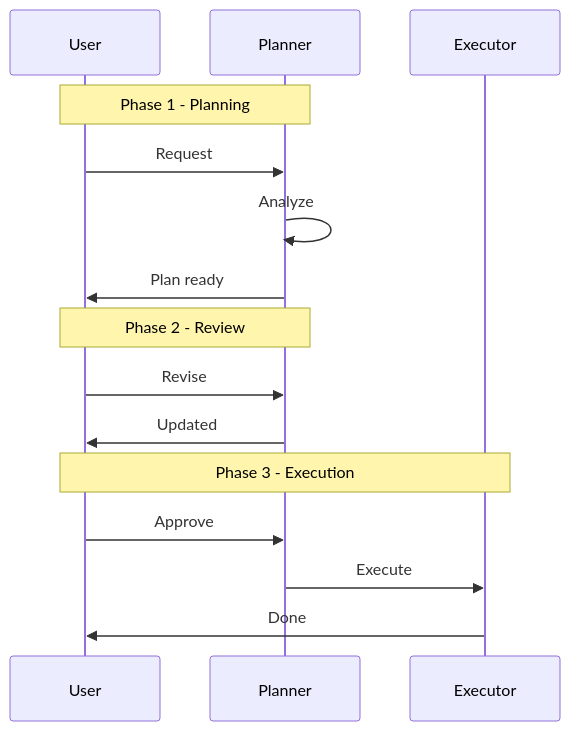
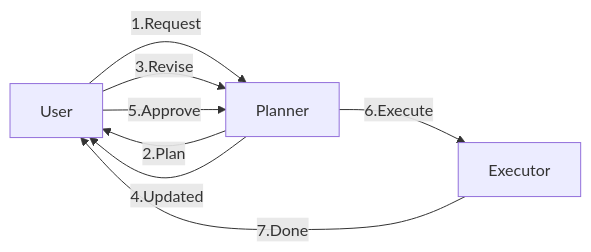
One commit to Kanghyeop/pages-book-agent101 changed the fourth of 6 diagrams in appendix-a/A01.md. Above: the diagram before and after it, drawn with Mermaid. The commit also changed other lines of this file and 3 other files, not shown here.

First line of the commit message:
Mermaid 호환성 수정 동기화

````diff
--- a/appendix-a/A01.md
+++ b/appendix-a/A01.md
@@ -148,20 +144,10 @@
 ```mermaid
-sequenceDiagram
-    participant U as User
-    participant P as Planner
-    participant E as Executor
-
-    Note over U,P: Phase 1 - Planning
-    U->>P: Request
-    P->>P: Analyze
-    P->>U: Plan ready
-
-    Note over U,P: Phase 2 - Review
-    U->>P: Revise
-    P->>U: Updated
-
-    Note over U,E: Phase 3 - Execution
-    U->>P: Approve
-    P->>E: Execute
-    E->>U: Done
+flowchart LR
+    U[User] -->|1.Request| P[Planner]
+    P -->|2.Plan| U
+    U -->|3.Revise| P
+    P -->|4.Updated| U
+    U -->|5.Approve| P
+    P -->|6.Execute| E[Executor]
+    E -->|7.Done| U
 ```
````
